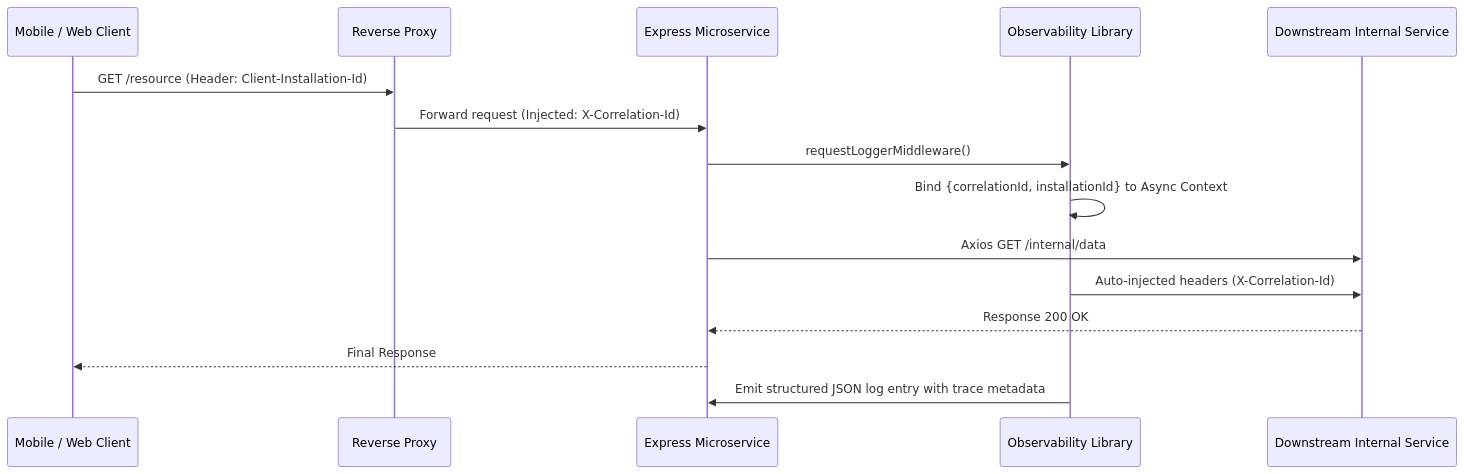
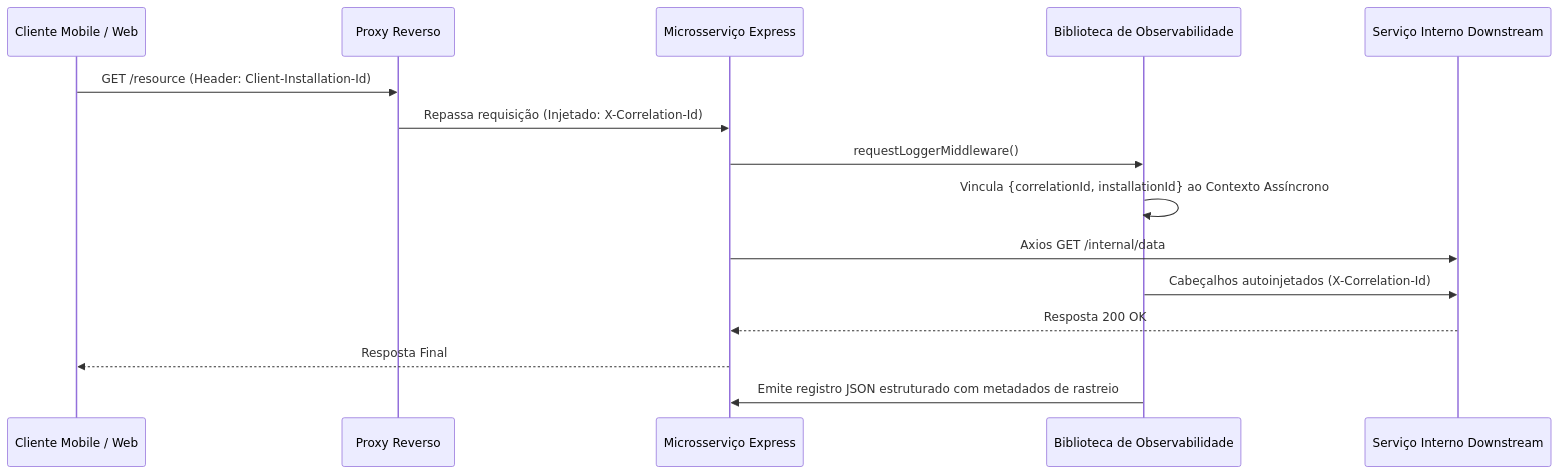
Before and after one commit to Fcsscoder/case-studies: the second of 2 diagrams in backend-and-distributed-systems/distributed-observability-lib/README.md, drawn with Mermaid. The commit also changed other lines of this file and 21 other files, not shown here.

````diff
--- a/backend-and-distributed-systems/distributed-observability-lib/README.md
+++ b/backend-and-distributed-systems/distributed-observability-lib/README.md
@@ -39,18 +39,18 @@
 ```mermaid
 sequenceDiagram
-    participant Client as Mobile / Web Client
-    participant Gateway as Reverse Proxy
-    participant Service as Express Microservice
-    participant ObsLib as Observability Library
-    participant Downstream as Downstream Internal Service
+    participant Client as Cliente Mobile / Web
+    participant Gateway as Proxy Reverso
+    participant Service as Microsserviço Express
+    participant ObsLib as Biblioteca de Observabilidade
+    participant Downstream as Serviço Interno Downstream
 
     Client->>Gateway: GET /resource (Header: Client-Installation-Id)
-    Gateway->>Service: Forward request (Injected: X-Correlation-Id)
+    Gateway->>Service: Repassa requisição (Injetado: X-Correlation-Id)
     Service->>ObsLib: requestLoggerMiddleware()
-    ObsLib->>ObsLib: Bind {correlationId, installationId} to Async Context
+    ObsLib->>ObsLib: Vincula {correlationId, installationId} ao Contexto Assíncrono
     Service->>Downstream: Axios GET /internal/data
-    ObsLib->>Downstream: Auto-injected headers (X-Correlation-Id)
-    Downstream-->>Service: Response 200 OK
-    Service-->>Client: Final Response
-    ObsLib->>Service: Emit structured JSON log entry with trace metadata
+    ObsLib->>Downstream: Cabeçalhos autoinjetados (X-Correlation-Id)
+    Downstream-->>Service: Resposta 200 OK
+    Service-->>Client: Resposta Final
+    ObsLib->>Service: Emite registro JSON estruturado com metadados de rastreio
 ```
````
